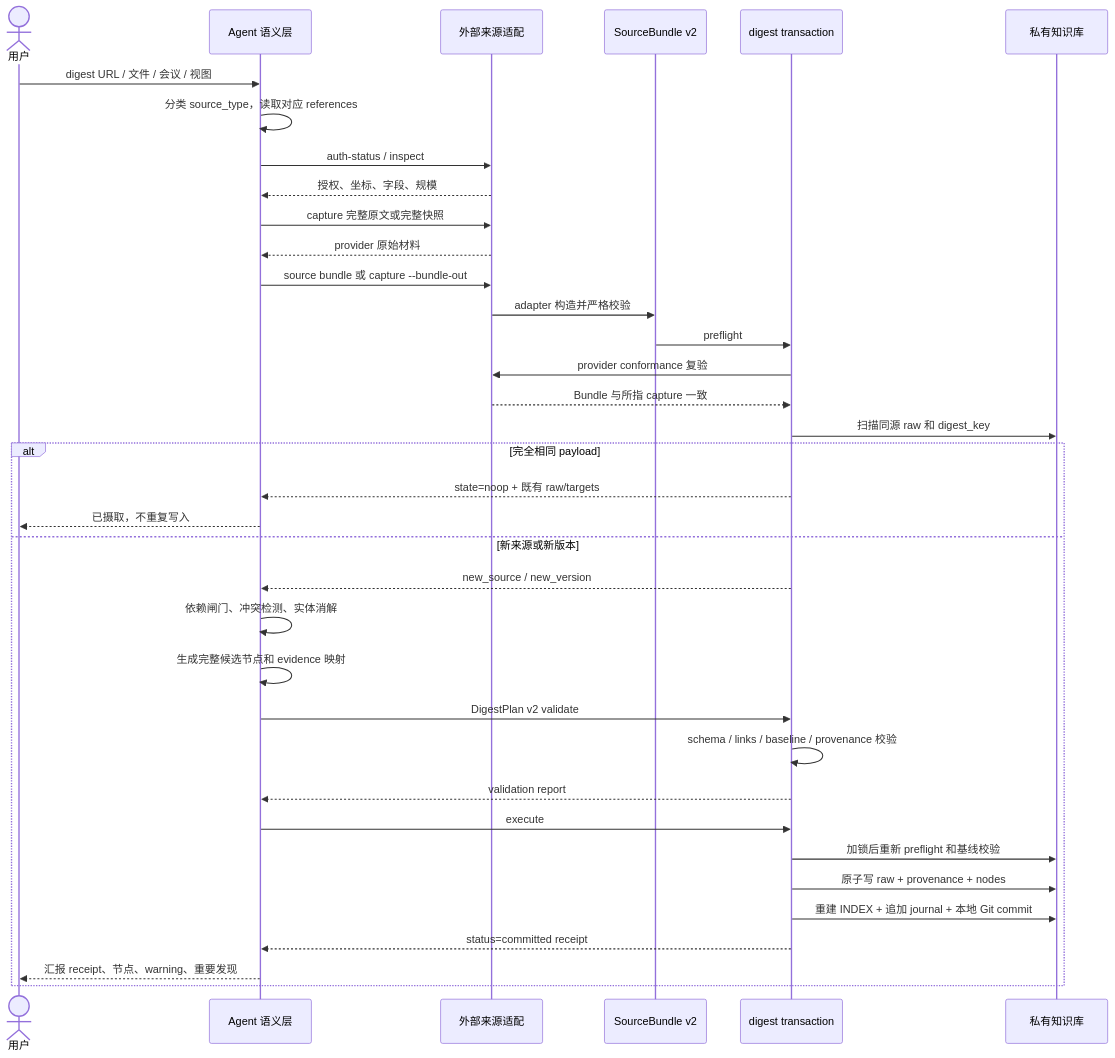
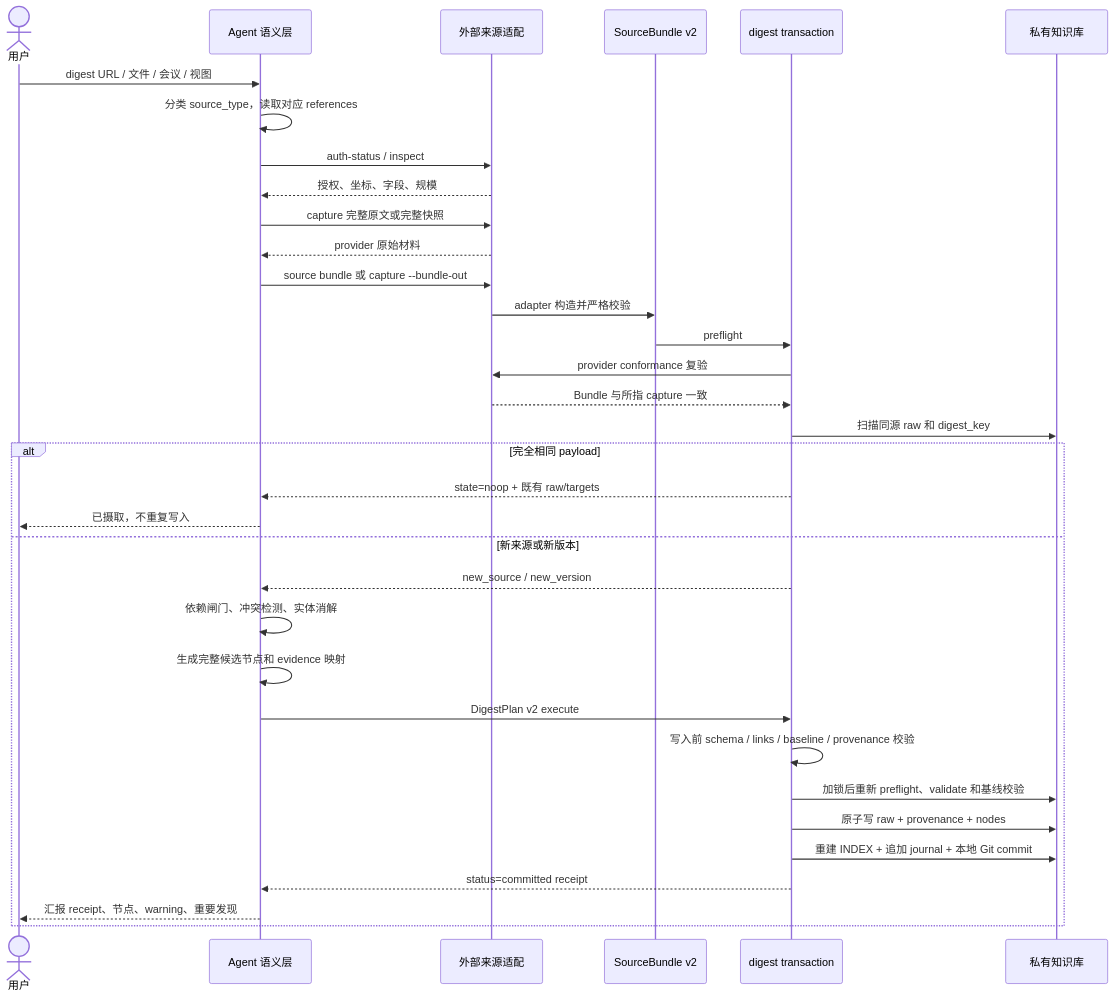
The fifth of 19 diagrams in ARCHITECTURE.md (ranjiao/byteworker), drawn with Mermaid before and after one commit. The commit also changed other lines of this file and 12 other files, not shown here.

````diff
--- a/ARCHITECTURE.md
+++ b/ARCHITECTURE.md
@@ -175,40 +175,38 @@
 ```mermaid
 sequenceDiagram
     actor User as 用户
     participant Agent as Agent 语义层
     participant Source as 外部来源适配
     participant Bundle as SourceBundle v2
     participant Txn as digest transaction
     participant KB as 私有知识库
 
     User->>Agent: digest URL / 文件 / 会议 / 视图
     Agent->>Agent: 分类 source_type，读取对应 references
     Agent->>Source: auth-status / inspect
     Source-->>Agent: 授权、坐标、字段、规模
     Agent->>Source: capture 完整原文或完整快照
     Source-->>Agent: provider 原始材料
     Agent->>Source: source bundle 或 capture --bundle-out
     Source->>Bundle: adapter 构造并严格校验
     Bundle->>Txn: preflight
     Txn->>Source: provider conformance 复验
     Source-->>Txn: Bundle 与所指 capture 一致
     Txn->>KB: 扫描同源 raw 和 digest_key
 
     alt 完全相同 payload
         Txn-->>Agent: state=noop + 既有 raw/targets
         Agent-->>User: 已摄取，不重复写入
     else 新来源或新版本
         Txn-->>Agent: new_source / new_version
         Agent->>Agent: 依赖闸门、冲突检测、实体消解
         Agent->>Agent: 生成完整候选节点和 evidence 映射
-        Agent->>Txn: DigestPlan v2 validate
-        Txn->>Txn: schema / links / baseline / provenance 校验
-        Txn-->>Agent: validation report
-        Agent->>Txn: execute
-        Txn->>KB: 加锁后重新 preflight 和基线校验
+        Agent->>Txn: DigestPlan v2 execute
+        Txn->>Txn: 写入前 schema / links / baseline / provenance 校验
+        Txn->>KB: 加锁后重新 preflight、validate 和基线校验
         Txn->>KB: 原子写 raw + provenance + nodes
         Txn->>KB: 重建 INDEX + 追加 journal + 本地 Git commit
         Txn-->>Agent: status=committed receipt
         Agent-->>User: 汇报 receipt、节点、warning、重要发现
     end
 ```
````
